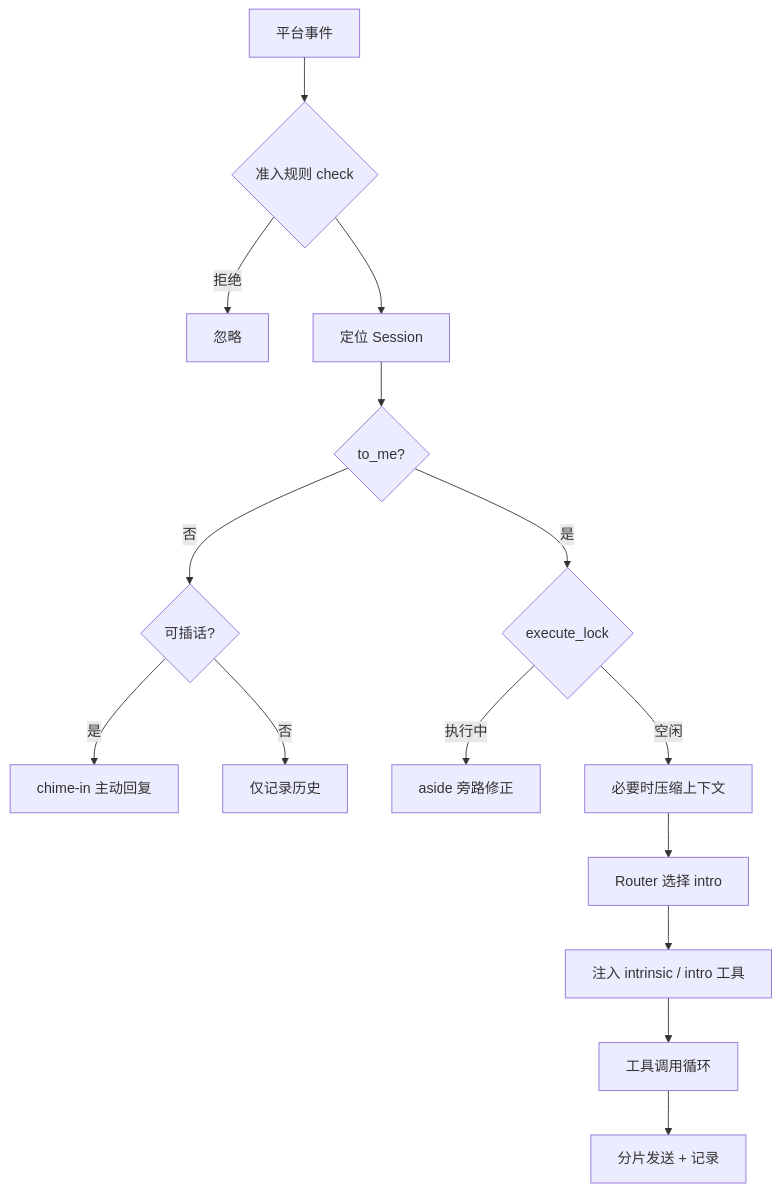
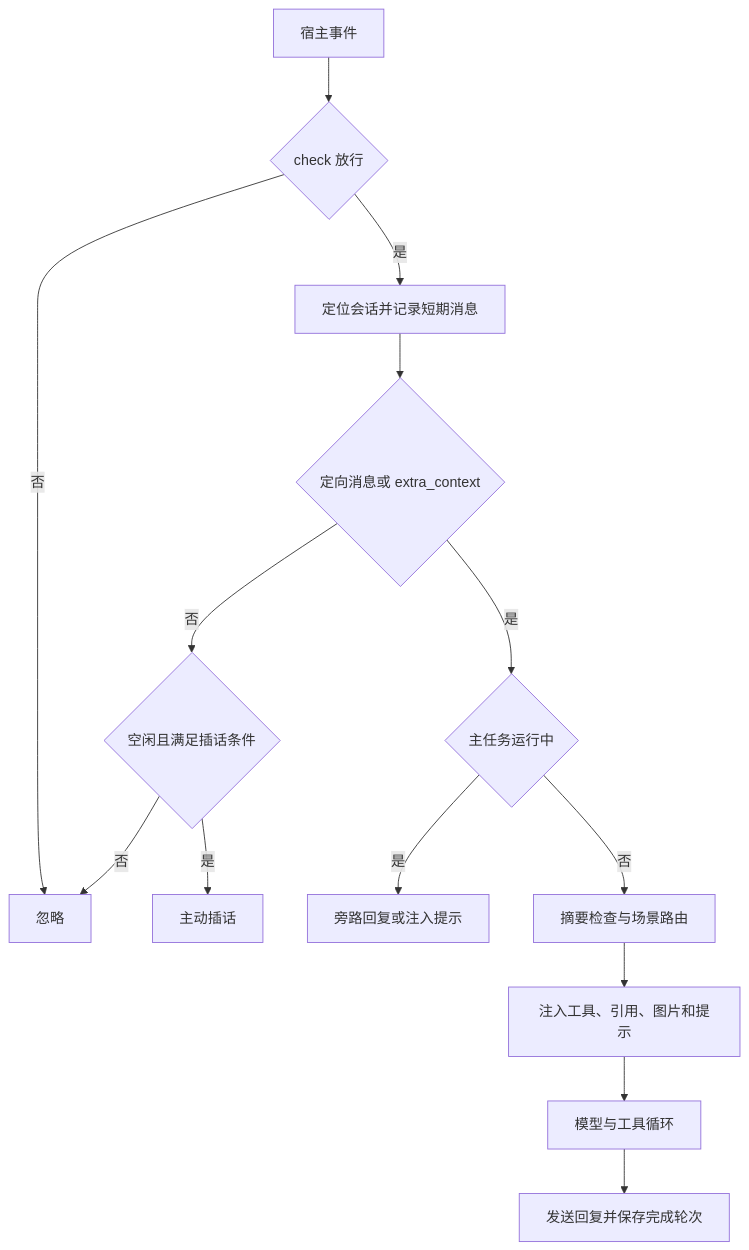
Before and after one commit to clovers-project/clovers-agent: the diagram in clovers-agent/README.md, drawn with Mermaid. The commit also changed other lines of this file and 4 other files, not shown here.

````diff
--- a/clovers-agent/README.md
+++ b/clovers-agent/README.md
@@ -22,17 +103,16 @@
 ```mermaid
 flowchart TD
-    A[平台事件] --> B{准入规则 check}
-    B -- 拒绝 --> Z[忽略]
-    B --> C[定位 Session]
-    C --> D{to_me?}
-    D -- 否 --> E{可插话?}
-    E -- 是 --> F[chime-in 主动回复]
-    E -- 否 --> G[仅记录历史]
-    D -- 是 --> H{execute_lock}
-    H -- 执行中 --> I[aside 旁路修正]
-    H -- 空闲 --> J[必要时压缩上下文]
-    J --> K[Router 选择 intro]
-    K --> L[注入 intrinsic / intro 工具]
-    L --> M[工具调用循环]
-    M --> N[分片发送 + 记录]
+    A[宿主事件] --> B{check 放行}
+    B -- 否 --> Z[忽略]
+    B -- 是 --> C[定位会话并记录短期消息]
+    C --> D{定向消息或 extra_context}
+    D -- 否 --> E{空闲且满足插话条件}
+    E -- 否 --> Z
+    E -- 是 --> F[主动插话]
+    D -- 是 --> G{主任务运行中}
+    G -- 是 --> H[旁路回复或注入提示]
+    G -- 否 --> I[摘要检查与场景路由]
+    I --> J[注入工具、引用、图片和提示]
+    J --> K[模型与工具循环]
+    K --> L[发送回复并保存完成轮次]
 ```
````
